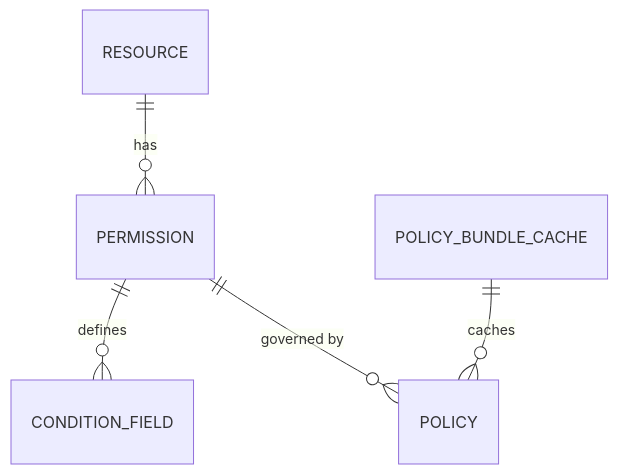
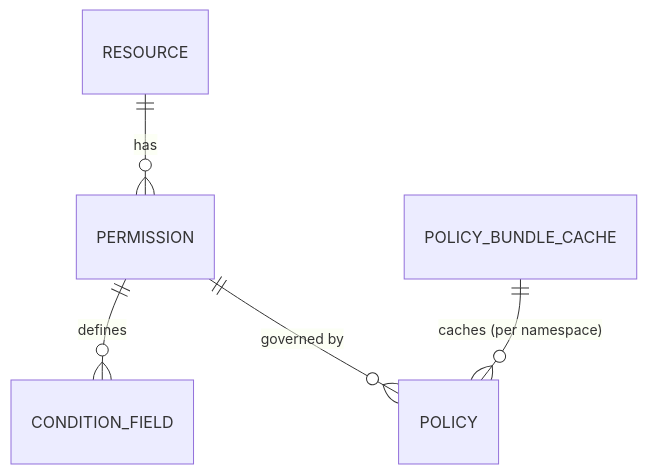
The second of 2 diagrams in 01-architecture-overview.md (gopakumar-k-a-datamate/opa_integration_backend), drawn with Mermaid before and after one commit. The commit also changed other lines of this file and 4 other files, not shown here.

````diff
--- a/01-architecture-overview.md
+++ b/01-architecture-overview.md
@@ -65,7 +65,7 @@
 ```mermaid
 erDiagram
     RESOURCE ||--o{ PERMISSION : has
     PERMISSION ||--o{ CONDITION_FIELD : defines
     PERMISSION ||--o{ POLICY : "governed by"
-    POLICY_BUNDLE_CACHE ||--o{ POLICY : "caches"
+    POLICY_BUNDLE_CACHE ||--o{ POLICY : "caches (per namespace)"
 ```
````
